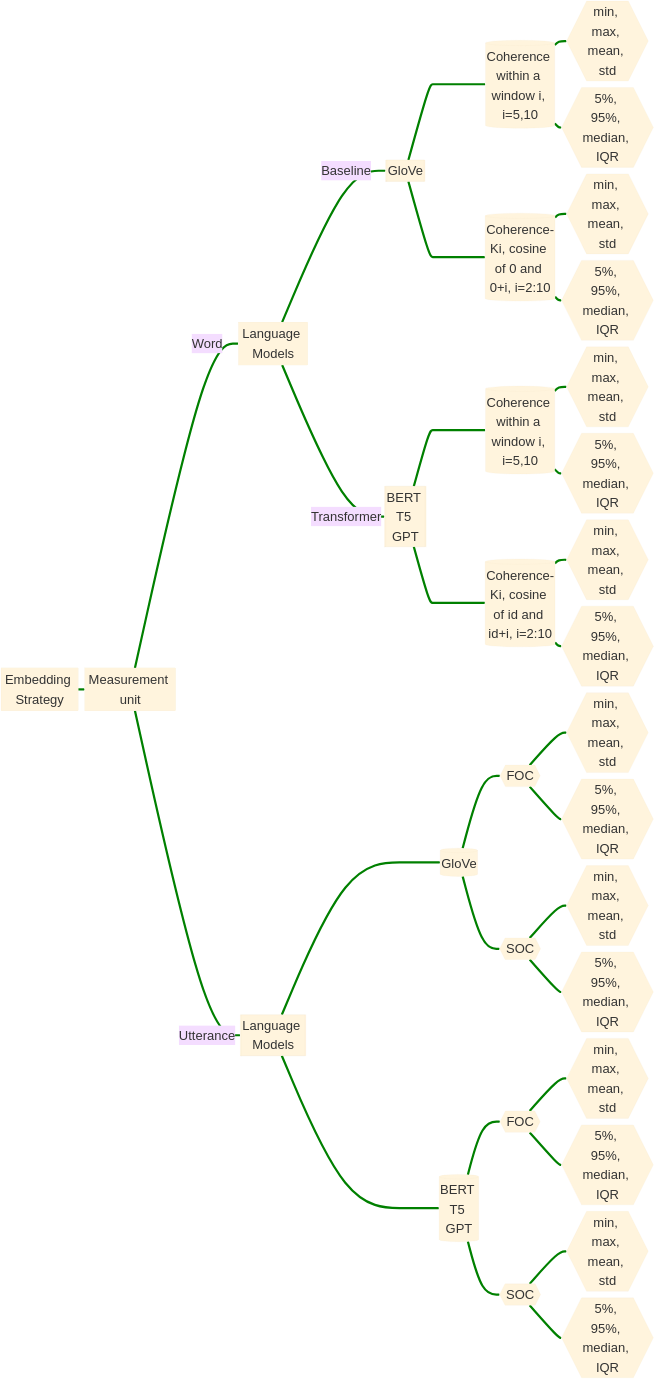
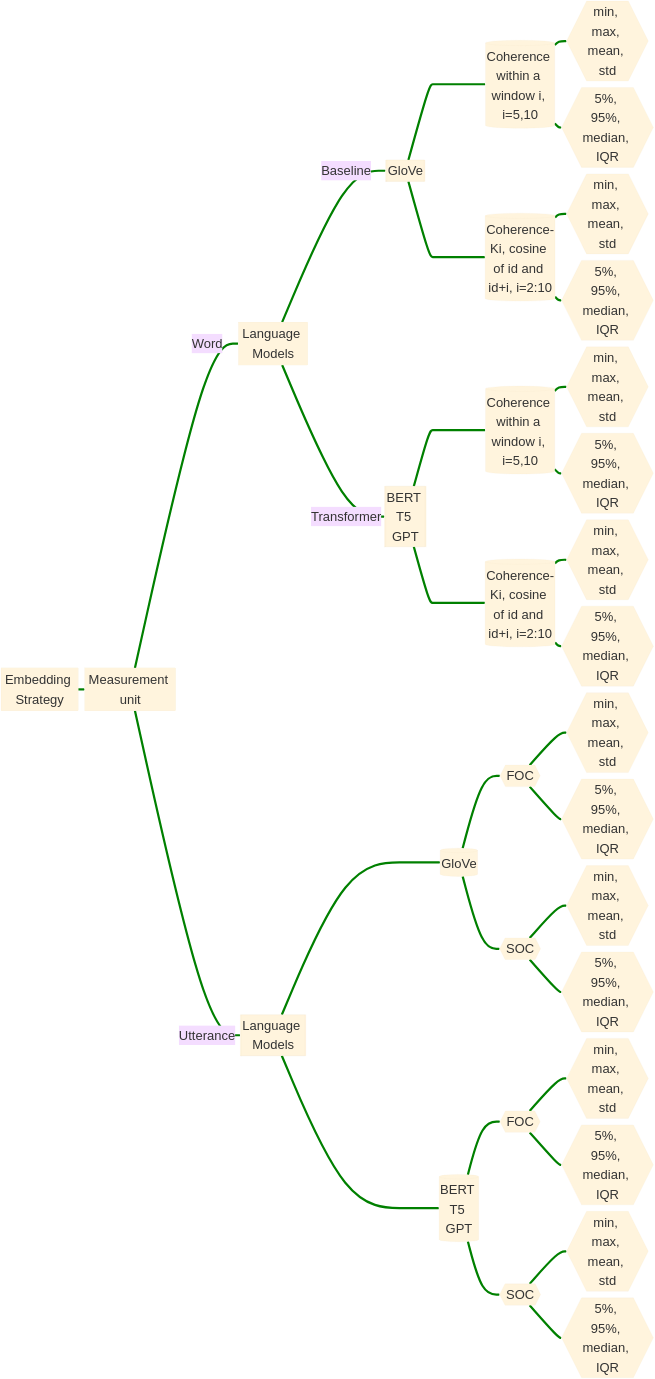
One commit to yancong222/SSD-LM-STanglab changed the first of 2 diagrams in README.md. Above: the diagram before and after it, drawn with Mermaid.

````diff
--- a/README.md
+++ b/README.md
@@ -5,66 +5,66 @@
 ```mermaid
 %%{init: {'theme': 'base', 'themeVariables': { 'fontSize': '100px'}}}%%
 flowchart LR
     A[Embedding Strategy] ==> B[Measurement unit]
     B == Word ==> C[Language Models]
     C == Baseline ==> D[[GloVe]] ====> G[(Coherence within a window i, i=5,10)]
     G ==> J{{min, max, mean, std}}
     G ==> K{{5%, 95%, median, IQR}}
-    D ====> P[(Coherence-Ki, cosine of 0 and 0+i, i=2:10)]
+    D ====> P[(Coherence-Ki, cosine of id and id+i, i=2:10)]
     P ==> Q{{min, max, mean, std}}
     P ==> R{{5%, 95%, median, IQR}}
     C == Transformer ==> E[[BERT T5 GPT]] ====> H[(Coherence within a window i, i=5,10)]
     H ==> L{{min, max, mean, std}}
     H ==> M{{5%, 95%, median, IQR}}
     E ====> S[(Coherence-Ki, cosine of id and id+i, i=2:10)]
     S ==> T{{min, max, mean, std}}
     S ==> U{{5%, 95%, median, IQR}}
     B == Utterance ==> F[[Language Models]] ====> I[(GloVe)]
     I ==> N{{FOC}}
     I ==> O{{SOC}}
     N ==> a{{min, max, mean, std}}
     N ==> b{{5%, 95%, median, IQR}}
     O ==> c{{min, max, mean, std}}
     O ==> d{{5%, 95%, median, IQR}}
     F ====> V[(BERT T5 GPT)]
     V ==> W{{FOC}}
     V ==> X{{SOC}}
     W ==> e{{min, max, mean, std}}
     W ==> f{{5%, 95%, median, IQR}}
     X ==> g{{min, max, mean, std}}
     X ==> h{{5%, 95%, median, IQR}}
     
     
     linkStyle 0 stroke-width:17px,fill:none,stroke:green;
     linkStyle 1 stroke-width:17px,fill:none,stroke:green;
     linkStyle 2 stroke-width:17px,fill:none,stroke:green;
     linkStyle 3 stroke-width:17px,fill:none,stroke:green;
     linkStyle 4 stroke-width:17px,fill:none,stroke:green;
     linkStyle 5 stroke-width:17px,fill:none,stroke:green;
     linkStyle 6 stroke-width:17px,fill:none,stroke:green;
     linkStyle 7 stroke-width:17px,fill:none,stroke:green;
     linkStyle 8 stroke-width:17px,fill:none,stroke:green;
     linkStyle 9 stroke-width:17px,fill:none,stroke:green;
     linkStyle 10 stroke-width:17px,fill:none,stroke:green;
     linkStyle 11 stroke-width:17px,fill:none,stroke:green;
     linkStyle 12 stroke-width:17px,fill:none,stroke:green;
     linkStyle 13 stroke-width:17px,fill:none,stroke:green;
     linkStyle 14 stroke-width:17px,fill:none,stroke:green;
     linkStyle 15 stroke-width:17px,fill:none,stroke:green;
     linkStyle 16 stroke-width:17px,fill:none,stroke:green;
     linkStyle 17 stroke-width:17px,fill:none,stroke:green;
     linkStyle 18 stroke-width:17px,fill:none,stroke:green;
     linkStyle 19 stroke-width:17px,fill:none,stroke:green;
     linkStyle 20 stroke-width:17px,fill:none,stroke:green;
     linkStyle 21 stroke-width:17px,fill:none,stroke:green;
     linkStyle 22 stroke-width:17px,fill:none,stroke:green;
     linkStyle 23 stroke-width:17px,fill:none,stroke:green;
     linkStyle 24 stroke-width:17px,fill:none,stroke:green;
     linkStyle 25 stroke-width:17px,fill:none,stroke:green;
     linkStyle 26 stroke-width:17px,fill:none,stroke:green;
     linkStyle 27 stroke-width:17px,fill:none,stroke:green;
     linkStyle 28 stroke-width:17px,fill:none,stroke:green;
     linkStyle 29 stroke-width:17px,fill:none,stroke:green;
     linkStyle 30 stroke-width:17px,fill:none,stroke:green;
     
 ```
````
